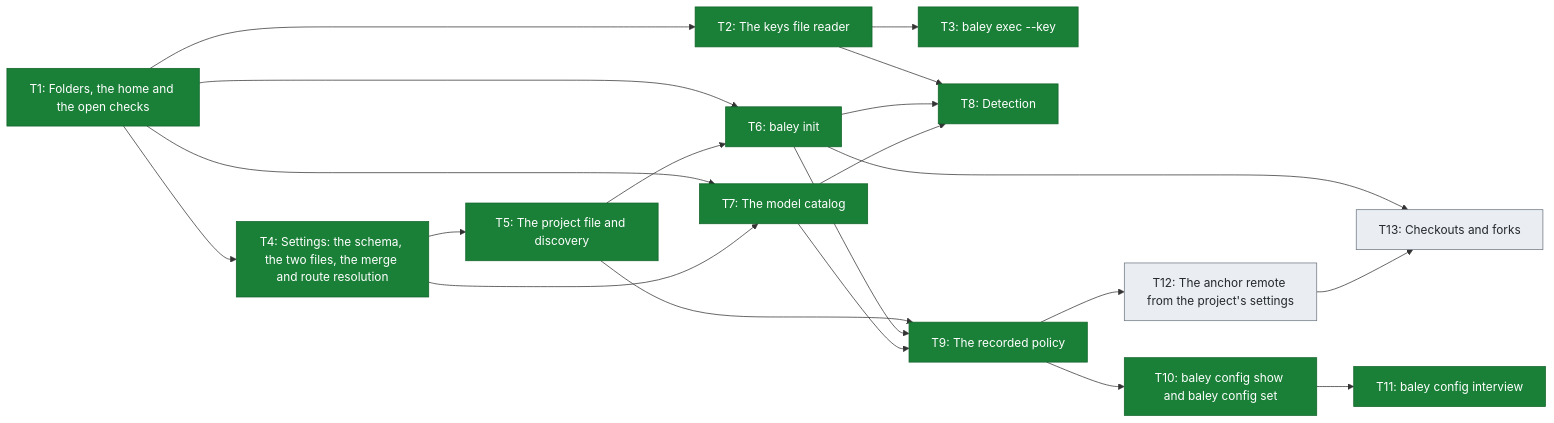
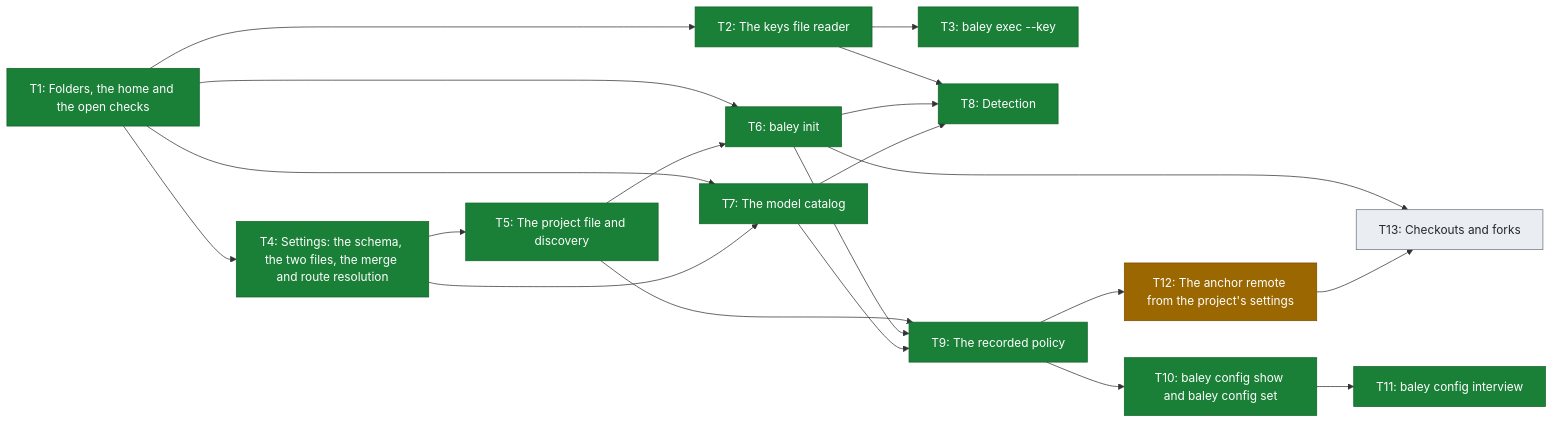
The third of 3 diagrams in docs/roadmap.md (crenshawdev/baley), drawn with Mermaid before and after one commit. The commit also changed other lines of this file, not shown here.

Commit message:
docs(roadmap): show the anchor remote task in progress on the roadmap
The status line, Figure 3 and the Build 2 table still had it as planned. It gets the progress colour Figure 1 uses, and the link stays empty until the pull request has a number.

````diff
--- a/docs/roadmap.md
+++ b/docs/roadmap.md
@@ -100,41 +100,43 @@
 ```mermaid
 flowchart LR
     T1["T1: Folders, the home and the open checks"]
     T2["T2: The keys file reader"]
     T3["T3: baley exec --key"]
     T4["T4: Settings: the schema, the two files, the merge and route resolution"]
     T5["T5: The project file and discovery"]
     T6["T6: baley init"]
     T7["T7: The model catalog"]
     T8["T8: Detection"]
     T9["T9: The recorded policy"]
     T10["T10: baley config show and baley config set"]
     T11["T11: baley config interview"]
     T12["T12: The anchor remote from the project's settings"]
     T13["T13: Checkouts and forks"]
 
     T1 --> T2
     T1 --> T4
     T1 --> T6
     T1 --> T7
     T2 --> T3
     T2 --> T8
     T4 --> T5
     T4 --> T7
     T5 --> T6
     T5 --> T9
     T6 --> T8
     T6 --> T9
     T6 --> T13
     T7 --> T8
     T7 --> T9
     T9 --> T10
     T9 --> T12
     T10 --> T11
     T12 --> T13
 
     classDef done fill:#1a7f37,stroke:#116329,color:#ffffff
+    classDef progress fill:#9a6700,stroke:#7d4e00,color:#ffffff
     classDef planned fill:#eaeef2,stroke:#6e7781,color:#24292f
     class T1,T2,T3,T4,T5,T6,T7,T8,T9,T10,T11 done
-    class T12,T13 planned
+    class T12 progress
+    class T13 planned
 ```
````
